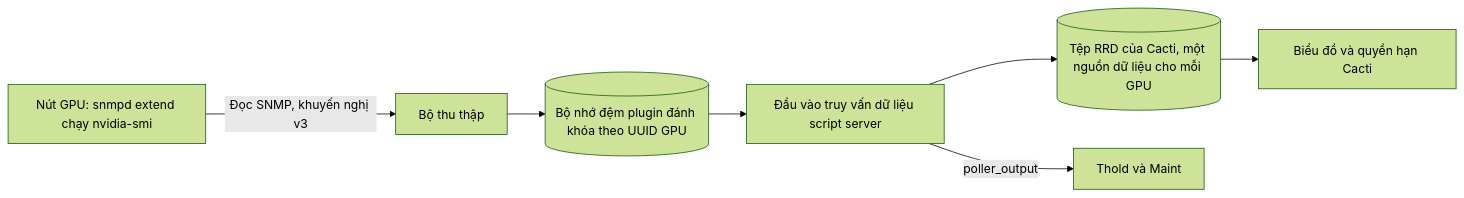
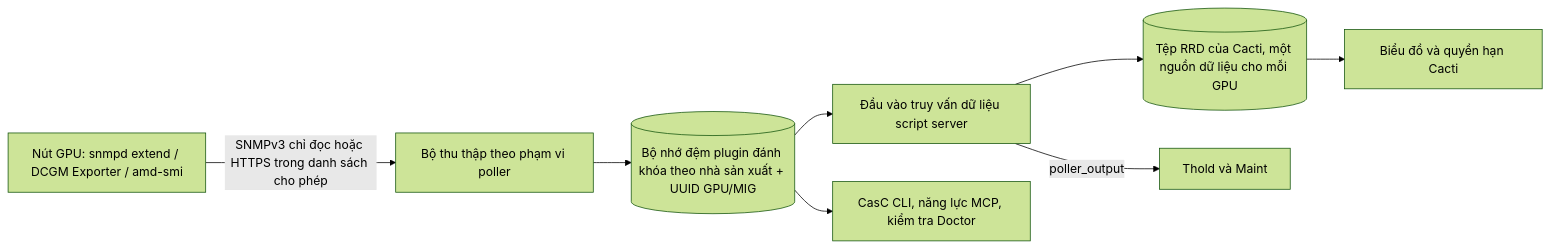
The diagram in docs/i18n/vi-VN/README.md (somethingwithproof/plugin_gpu), drawn with Mermaid (forest theme) before and after one commit. The commit also changed other lines of this file and 47 other files, not shown here.

````diff
--- a/docs/i18n/vi-VN/README.md
+++ b/docs/i18n/vi-VN/README.md
@@ -104,9 +104,10 @@
 ```mermaid
 flowchart LR
-    NODE[Nút GPU: snmpd extend chạy nvidia-smi] -->|Đọc SNMP, khuyến nghị v3| C[Bộ thu thập]
-    C --> CACHE[(Bộ nhớ đệm plugin đánh khóa theo UUID GPU)]
-    CACHE --> SS[Đầu vào truy vấn dữ liệu script server]
-    SS --> RRD[(Tệp RRD của Cacti, một nguồn dữ liệu cho mỗi GPU)]
-    SS -->|poller_output| T[Thold và Maint]
-    RRD --> G[Biểu đồ và quyền hạn Cacti]
+    NODE["Nút GPU: snmpd extend / DCGM Exporter / amd-smi"] -->|"SNMPv3 chỉ đọc hoặc HTTPS trong danh sách cho phép"| C["Bộ thu thập theo phạm vi poller"]
+    C --> CACHE[("Bộ nhớ đệm plugin đánh khóa theo nhà sản xuất + UUID GPU/MIG")]
+    CACHE --> SS["Đầu vào truy vấn dữ liệu script server"]
+    CACHE --> ECO["CasC CLI, năng lực MCP, kiểm tra Doctor"]
+    SS --> RRD[("Tệp RRD của Cacti, một nguồn dữ liệu cho mỗi GPU")]
+    SS -->|poller_output| T["Thold và Maint"]
+    RRD --> G["Biểu đồ và quyền hạn Cacti"]
 ```
````
